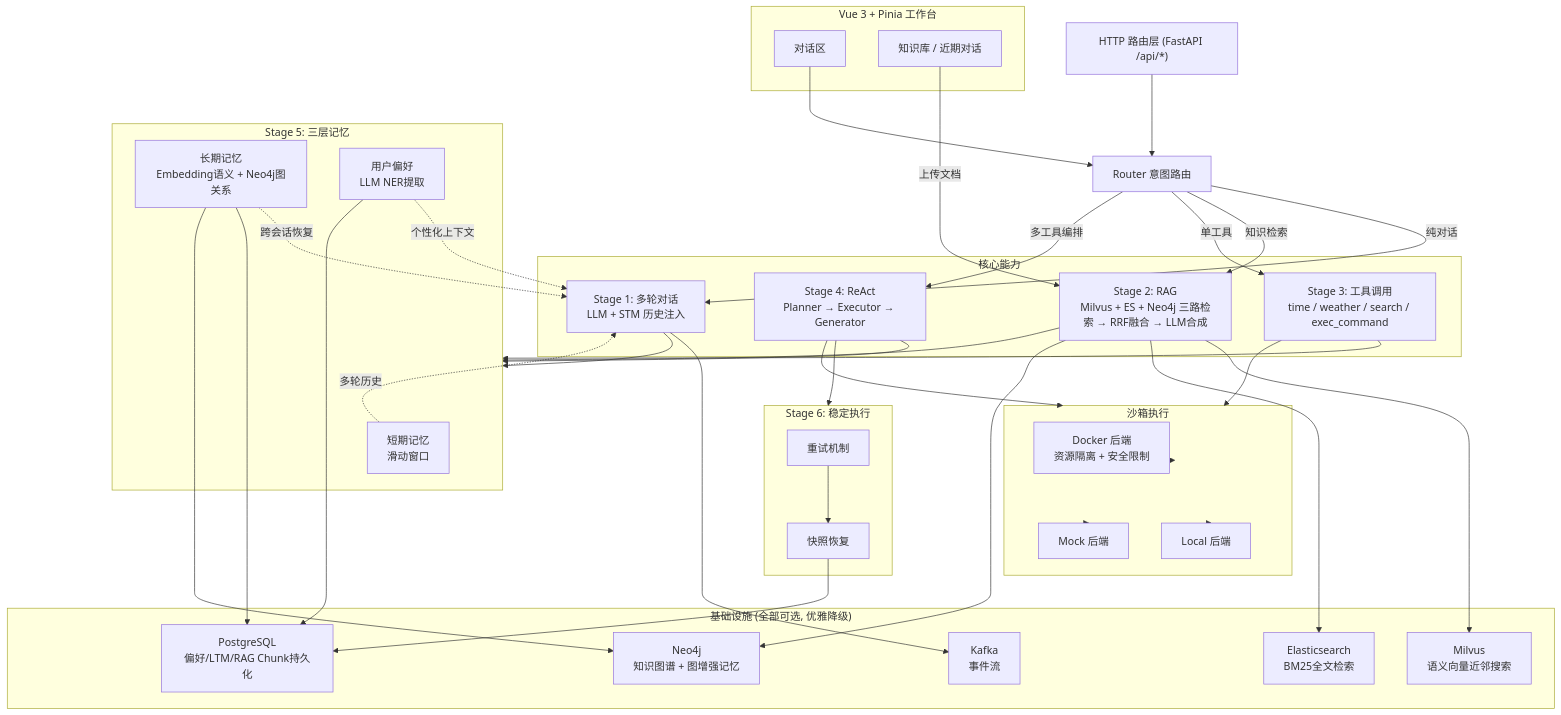
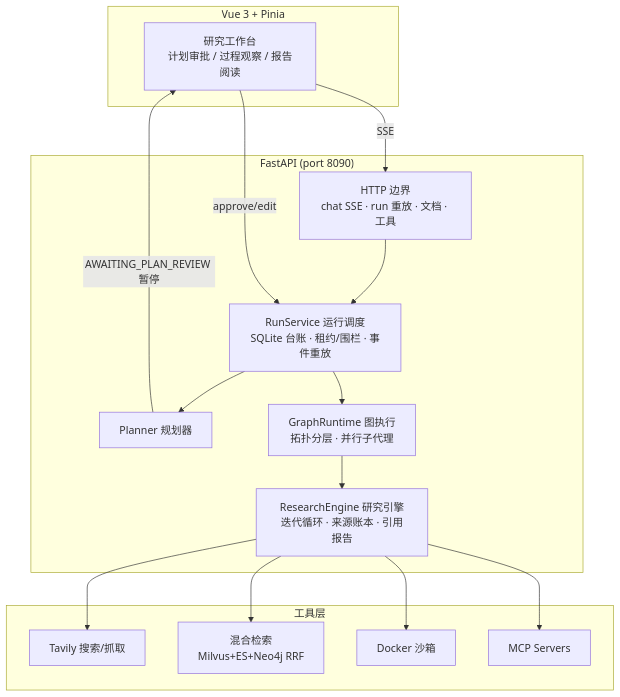
One commit to llongwang751-arch/saber changed the diagram in README.md. Above: the diagram before and after it, drawn with Mermaid. The commit also changed other lines of this file and 1 other file, not shown here.

````diff
--- a/README.md
+++ b/README.md
@@ -27,79 +47,23 @@
 ```mermaid
 graph TB
-    CTRL["HTTP 路由层 (FastAPI /api/*)"]
-    R["Router 意图路由"]
-
-    subgraph Frontend["Vue 3 + Pinia 工作台"]
-        CHAT["对话区"]
-        SIDEBAR["知识库 / 近期对话"]
+    subgraph Client["Vue 3 + Pinia"]
+        WB["研究工作台<br/>计划审批 / 过程观察 / 报告阅读"]
     end
-
-    subgraph Core["核心能力"]
-        CHAT_ENGINE["Stage 1: 多轮对话<br/>LLM + STM 历史注入"]
-        RAG_ENGINE["Stage 2: RAG<br/>Milvus + ES + Neo4j 三路检索 → RRF融合 → LLM合成"]
-        TOOL_ENGINE["Stage 3: 工具调用<br/>time / weather / search / exec_command"]
-        REACT_ENGINE["Stage 4: ReAct<br/>Planner → Executor → Generator"]
+    subgraph Server["FastAPI (port 8090)"]
+        API["HTTP 边界<br/>chat SSE · run 重放 · 文档 · 工具"]
+        RS["RunService 运行调度<br/>SQLite 台账 · 租约/围栏 · 事件重放"]
+        P["Planner 规划器"]
+        G["GraphRuntime 图执行<br/>拓扑分层 · 并行子代理"]
+        RE["ResearchEngine 研究引擎<br/>迭代循环 · 来源账本 · 引用报告"]
     end
-
-    subgraph Memory["Stage 5: 三层记忆"]
-        STM["短期记忆<br/>滑动窗口"]
-        LTM["长期记忆<br/>Embedding语义 + Neo4j图关系"]
-        PREF["用户偏好<br/>LLM NER提取"]
+    subgraph Tools["工具层"]
+        TAV["Tavily 搜索/抓取"]
+        RAG["混合检索<br/>Milvus+ES+Neo4j RRF"]
+        SBX["Docker 沙箱"]
+        MCP["MCP Servers"]
     end
-
-    subgraph Harness["Stage 6: 稳定执行"]
-        RETRY["重试机制"]
-        SNAP["快照恢复"]
-    end
-
-    subgraph Sandbox["沙箱执行"]
-        DOCKER["Docker 后端<br/>资源隔离 + 安全限制"]
-        LOCAL["Local 后端"]
-        MOCK["Mock 后端"]
-    end
-
-    subgraph Infra["基础设施 (全部可选, 优雅降级)"]
-        PG["PostgreSQL<br/>偏好/LTM/RAG Chunk持久化"]
-        MIL["Milvus<br/>语义向量近邻搜索"]
-        ES["Elasticsearch<br/>BM25全文检索"]
-        NEO["Neo4j<br/>知识图谱 + 图增强记忆"]
-        KAFKA["Kafka<br/>事件流"]
-    end
-
-    CHAT --> R
-    CTRL --> R
-
-    R -->|纯对话| CHAT_ENGINE
-    R -->|知识检索| RAG_ENGINE
-    R -->|单工具| TOOL_ENGINE
-    R -->|多工具编排| REACT_ENGINE
-
-    CHAT_ENGINE --> Memory
-    RAG_ENGINE --> Memory
-    TOOL_ENGINE --> Memory
-    REACT_ENGINE --> Memory
-    REACT_ENGINE --> Harness
-
-    TOOL_ENGINE --> Sandbox
-    REACT_ENGINE --> Sandbox
-    Sandbox --> DOCKER
-    Sandbox --> LOCAL
-    Sandbox --> MOCK
-
-    RETRY --> SNAP
-    SNAP --> PG
-
-    STM -.->|多轮历史| CHAT_ENGINE
-    LTM -.->|跨会话恢复| CHAT_ENGINE
-    PREF -.->|个性化上下文| CHAT_ENGINE
-
-    LTM --> PG
-    LTM --> NEO
-    PREF --> PG
-    RAG_ENGINE --> MIL
-    RAG_ENGINE --> ES
-    RAG_ENGINE --> NEO
-    CHAT_ENGINE --> KAFKA
-
-    SIDEBAR -->|上传文档| RAG_ENGINE
+    WB -->|SSE| API --> RS
+    RS --> P -->|AWAITING_PLAN_REVIEW 暂停| WB
+    WB -->|approve/edit| RS --> G --> RE
+    RE --> TAV & RAG & SBX & MCP
 ```
````
